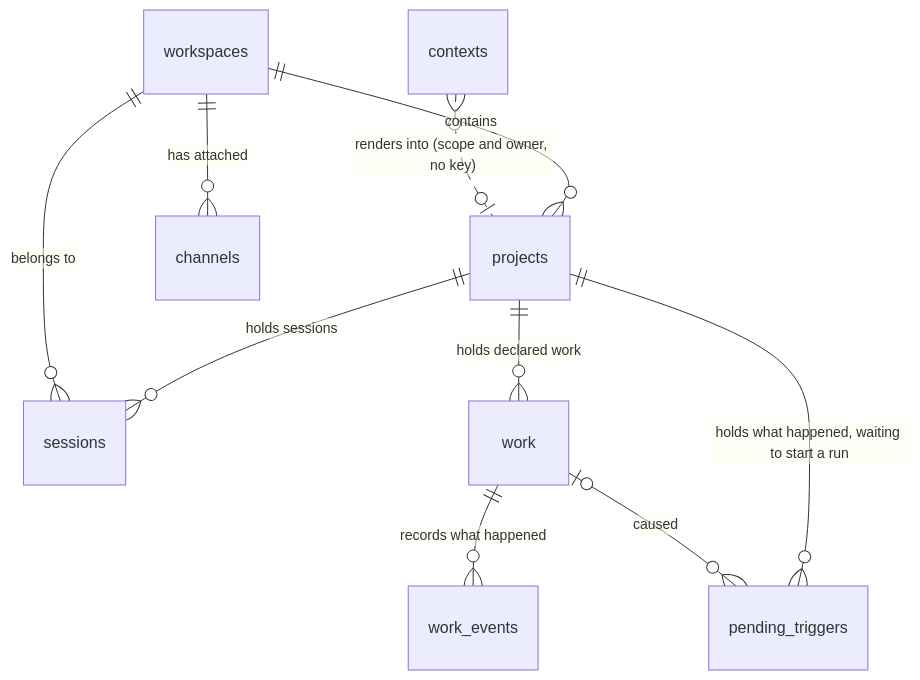
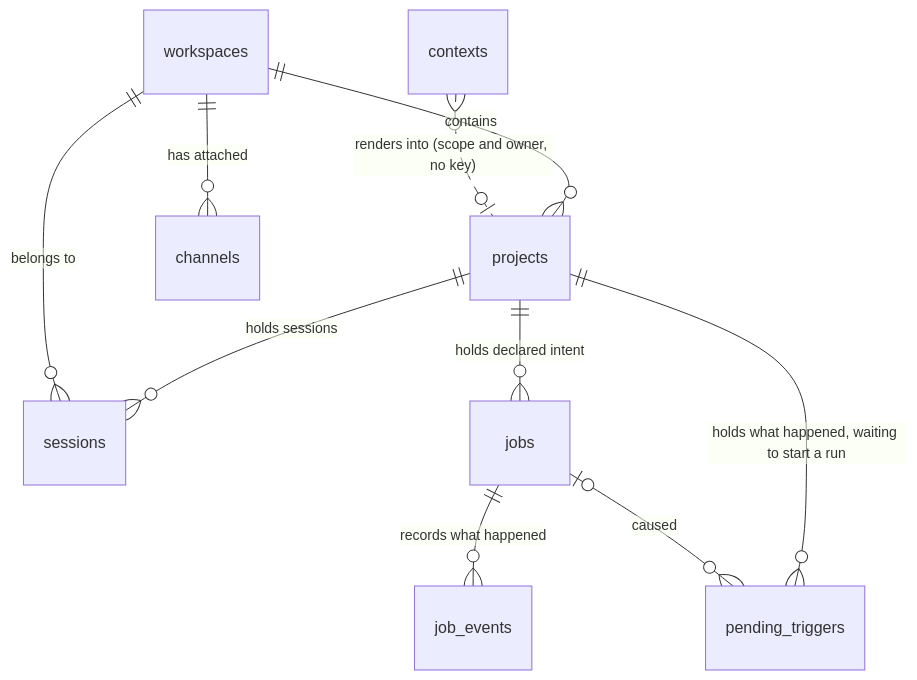
One commit to atlantic-blue/quay-crew changed the second of 2 diagrams in docs/DATABASE.md. Above: the diagram before and after it, drawn with Mermaid. The commit also changed other lines of this file and 222 other files, not shown here.

Commit message:
refactor: declared intent is a job, not work

````diff
--- a/docs/DATABASE.md
+++ b/docs/DATABASE.md
@@ -161,12 +193,12 @@
 ```mermaid
 erDiagram
     workspaces ||--o{ projects : contains
     workspaces ||--o{ channels : "has attached"
     projects   ||--o{ sessions : "holds sessions"
     sessions }o--|| workspaces : "belongs to"
     contexts   }o..o| projects : "renders into (scope and owner, no key)"
-    projects   ||--o{ work : "holds declared work"
-    work       ||--o{ work_events : "records what happened"
+    projects   ||--o{ jobs : "holds declared intent"
+    jobs       ||--o{ job_events : "records what happened"
     projects   ||--o{ pending_triggers : "holds what happened, waiting to start a run"
-    work       |o--o{ pending_triggers : "caused"
+    jobs      |o--o{ pending_triggers : "caused"
 ```
````
